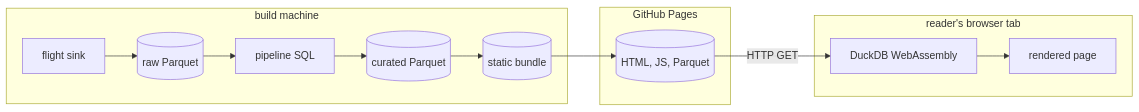
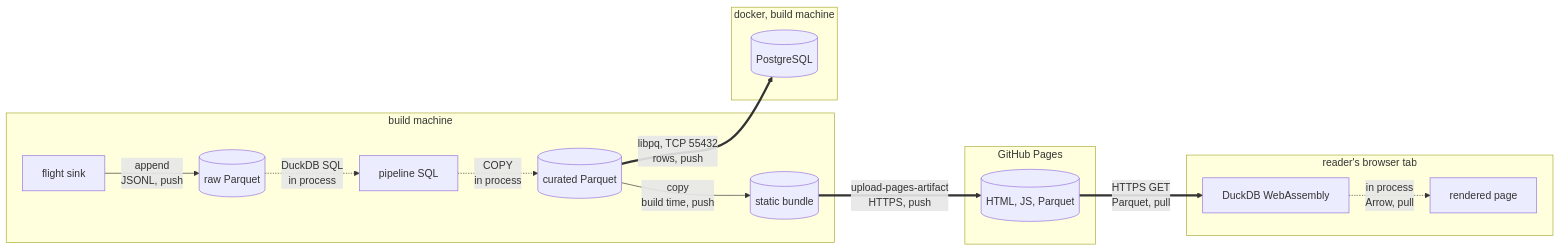
The second of 3 diagrams in docs/hlad.md (MrBisonte/flightdeck), drawn with Mermaid before and after one commit. The commit also changed other lines of this file and 1 other file, not shown here.

First line of the commit message:
docs: name the transport on every diagram edge

````diff
--- a/docs/hlad.md
+++ b/docs/hlad.md
@@ -70,17 +73,21 @@
 ```mermaid
 flowchart LR
   subgraph build[build machine]
-    sink[flight sink] --> rawp[(raw Parquet)]
-    rawp --> sqlp[pipeline SQL]
-    sqlp --> curp[(curated Parquet)]
-    curp --> bundle[(static bundle)]
+    sink[flight sink] -->|"append<br/>JSONL, push"| rawp[(raw Parquet)]
+    rawp -.->|"DuckDB SQL<br/>in process"| sqlp[pipeline SQL]
+    sqlp -.->|"COPY<br/>in process"| curp[(curated Parquet)]
+    curp -->|"copy<br/>build time, push"| bundle[(static bundle)]
+  end
+  subgraph db[docker, build machine]
+    pgdb[(PostgreSQL)]
   end
   subgraph host[GitHub Pages]
     served[(HTML, JS, Parquet)]
   end
   subgraph tab[reader's browser tab]
-    wasm[DuckDB WebAssembly] --> page[rendered page]
+    wasm[DuckDB WebAssembly] -.->|"in process<br/>Arrow, pull"| page[rendered page]
   end
-  bundle --> served
-  served -->|HTTP GET| wasm
+  curp ==>|"libpq, TCP 55432<br/>rows, push"| pgdb
+  bundle ==>|"upload-pages-artifact<br/>HTTPS, push"| served
+  served ==>|"HTTPS GET<br/>Parquet, pull"| wasm
 ```
````
